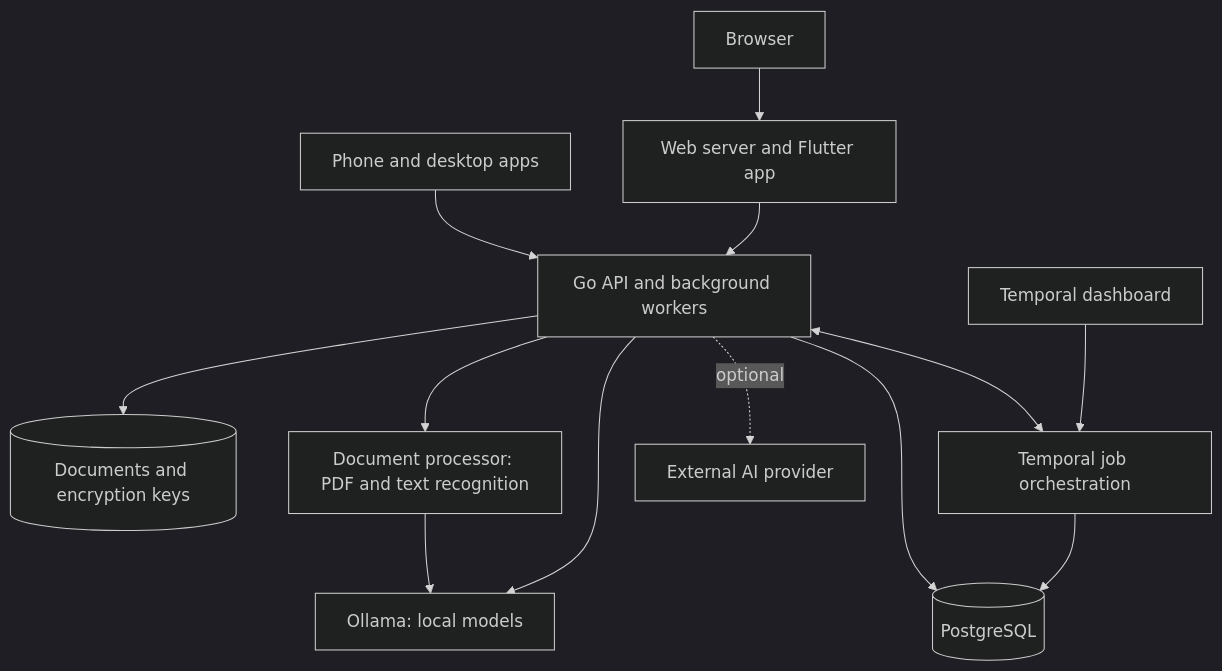
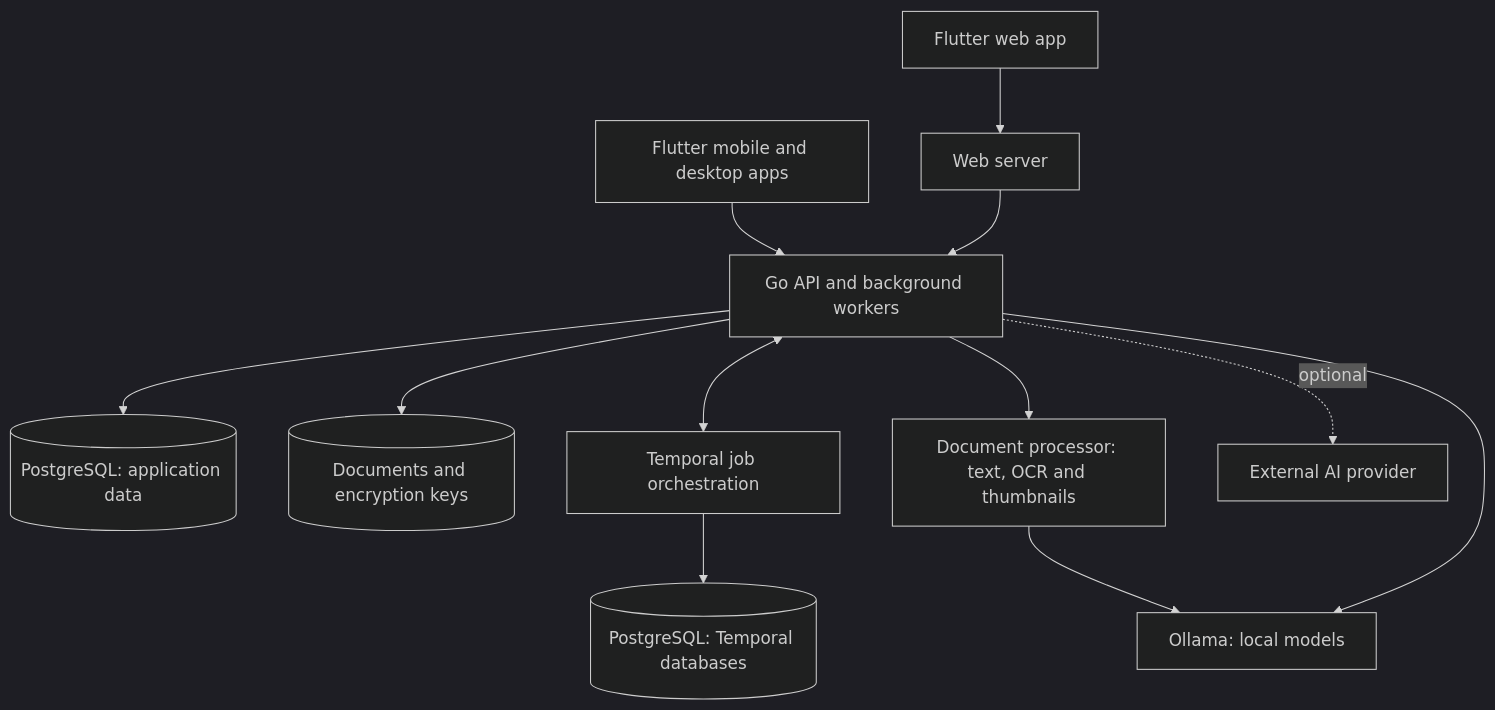
The diagram in readme.md (saschTa/domabas), drawn with Mermaid (dark theme) before and after one commit. The commit also changed other lines of this file and 10 other files, not shown here.

````diff
--- a/readme.md
+++ b/readme.md
@@ -165,15 +174,14 @@
 ```mermaid
 flowchart TD
-  Browser[Browser] --> Web[Web server and Flutter app]
-  Native[Phone and desktop apps] --> Backend[Go API and background workers]
+  Browser[Flutter web app] --> Web[Web server]
+  Native[Flutter mobile and desktop apps] --> Backend[Go API and background workers]
   Web --> Backend
-  Backend --> Postgres[(PostgreSQL)]
+  Backend --> Postgres[(PostgreSQL: application data)]
   Backend --> Files[(Documents and encryption keys)]
   Backend <--> Temporal[Temporal job orchestration]
-  Temporal --> Postgres
-  Dashboard[Temporal dashboard] --> Temporal
-  Backend --> Processor[Document processor: PDF and text recognition]
+  Temporal --> History[(PostgreSQL: Temporal databases)]
+  Backend --> Processor[Document processor: text, OCR and thumbnails]
   Processor --> Ollama[Ollama: local models]
   Backend --> Ollama
   Backend -. optional .-> External[External AI provider]
 ```
````
